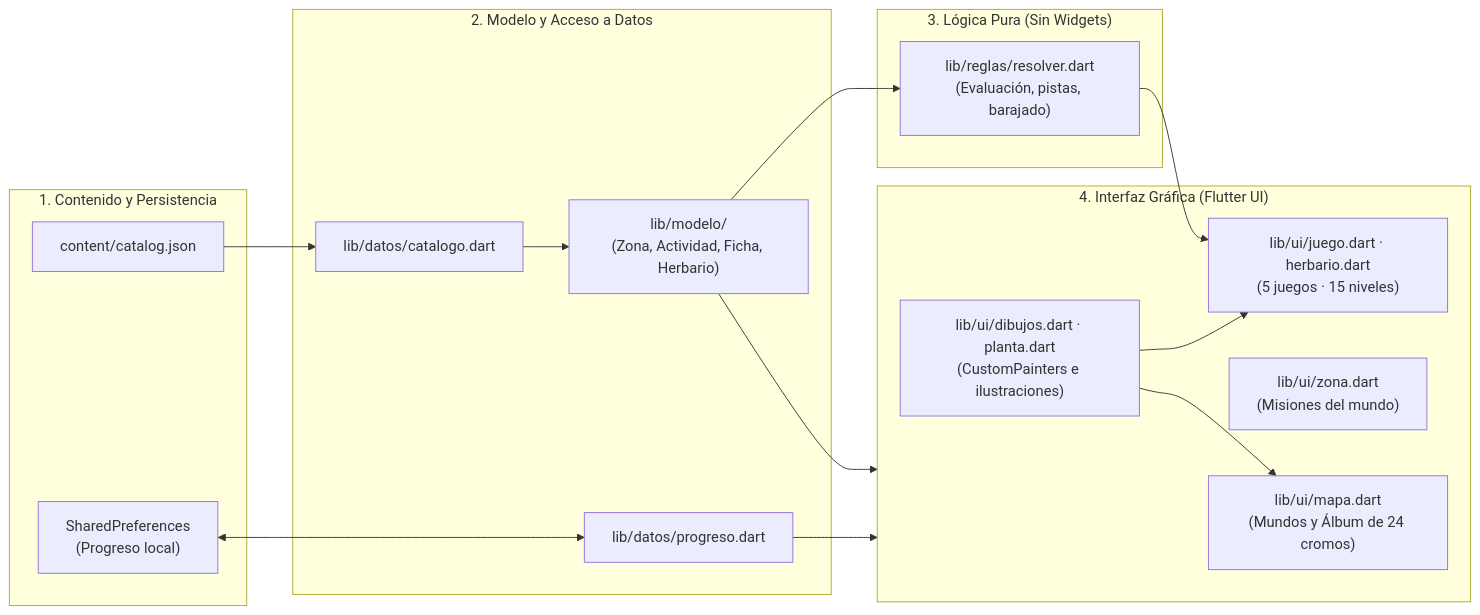
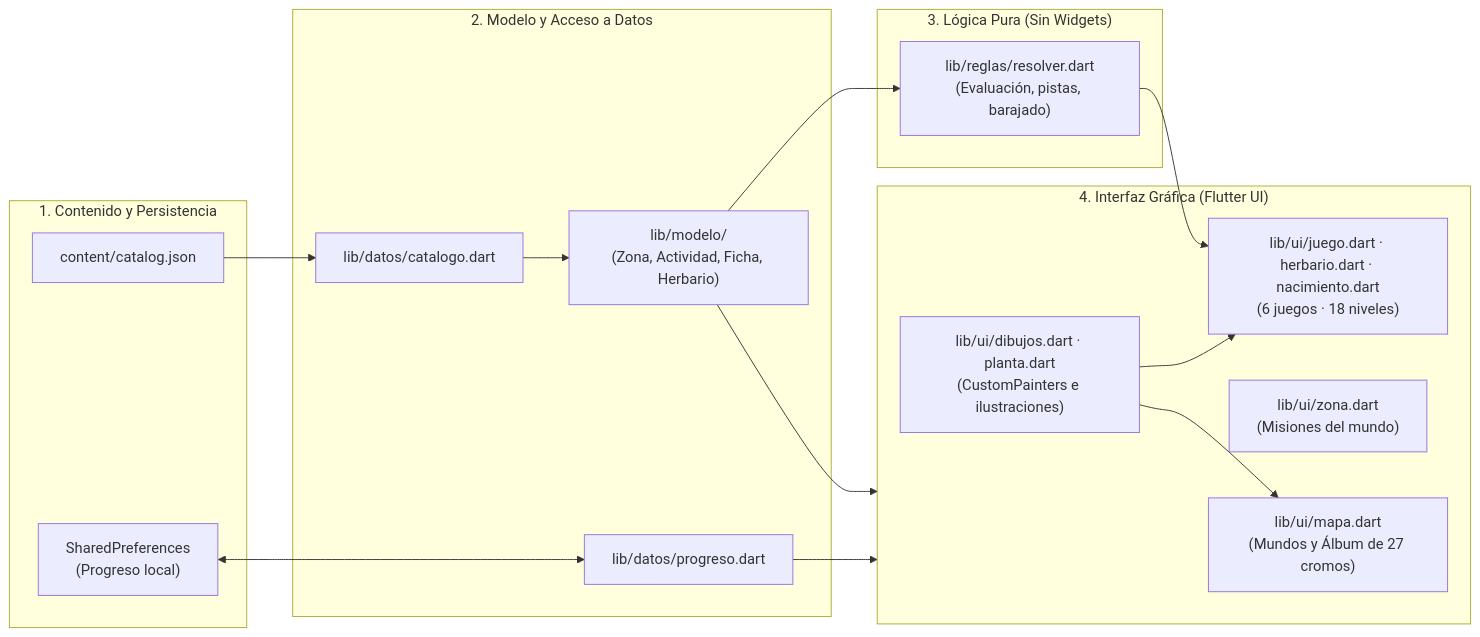
One commit to imoroc/NaturalMente changed the first of 2 diagrams in README.md. Above: the diagram before and after it, drawn with Mermaid. The commit also changed other lines of this file and 17 other files, not shown here.

First line of the commit message:
Añade el juego «¿Huevo o barriga?» a La reserva con sus tres niveles.

````diff
--- a/README.md
+++ b/README.md
@@ -63,34 +64,34 @@
 ```mermaid
 flowchart LR
   subgraph Datos["1. Contenido y Persistencia"]
     JSON["content/catalog.json"]
     PREFS["SharedPreferences\n(Progreso local)"]
   end
 
   subgraph Dominio["2. Modelo y Acceso a Datos"]
     CAT["lib/datos/catalogo.dart"]
     PROG["lib/datos/progreso.dart"]
     MOD["lib/modelo/\n(Zona, Actividad, Ficha, Herbario)"]
   end
 
   subgraph Reglas["3. Lógica Pura (Sin Widgets)"]
     RES["lib/reglas/resolver.dart\n(Evaluación, pistas, barajado)"]
   end
 
   subgraph Interfaz["4. Interfaz Gráfica (Flutter UI)"]
-    MAPA["lib/ui/mapa.dart\n(Mundos y Álbum de 24 cromos)"]
+    MAPA["lib/ui/mapa.dart\n(Mundos y Álbum de 27 cromos)"]
     ZONA["lib/ui/zona.dart\n(Misiones del mundo)"]
-    JUEGO["lib/ui/juego.dart · herbario.dart\n(5 juegos · 15 niveles)"]
+    JUEGO["lib/ui/juego.dart · herbario.dart · nacimiento.dart\n(6 juegos · 18 niveles)"]
     DIB["lib/ui/dibujos.dart · planta.dart\n(CustomPainters e ilustraciones)"]
   end
 
   JSON --> CAT
   PREFS <--> PROG
   CAT --> MOD
   MOD --> RES
   MOD --> Interfaz
   PROG --> Interfaz
   RES --> JUEGO
   DIB --> JUEGO
   DIB --> MAPA
 ```
````
